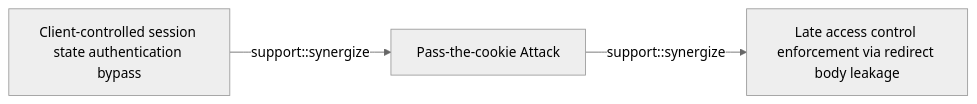
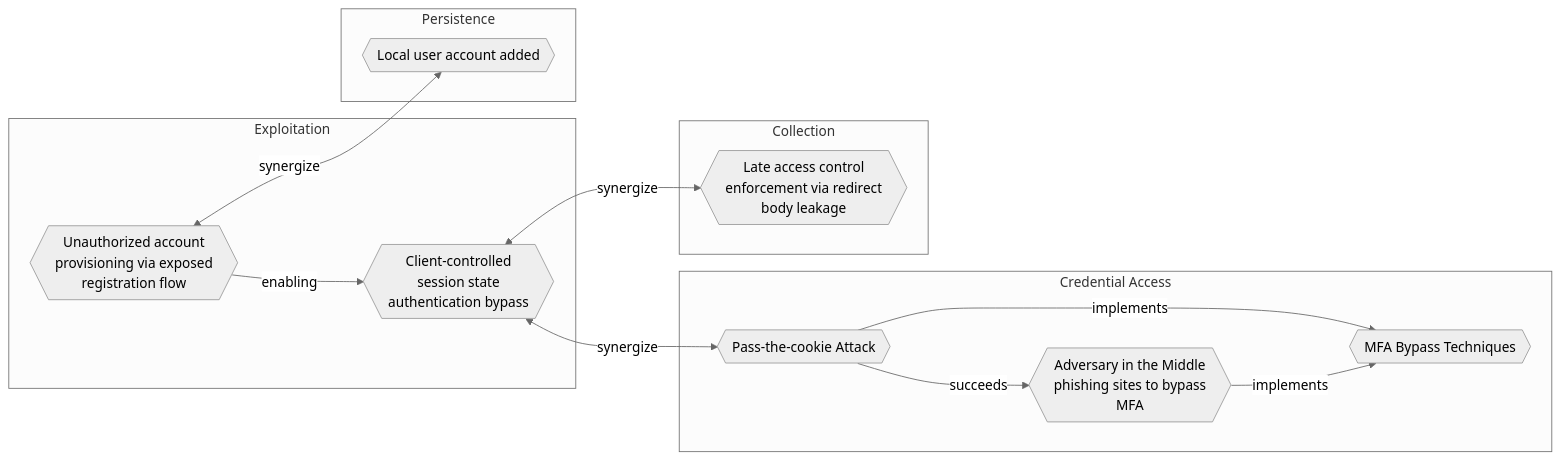
One commit to opentidehq/library changed the first of 2 diagrams in docs/threats/client-controlled-session-state-authentication-bypass.md. Above: the diagram before and after it, drawn with Mermaid (neutral theme). The commit also changed other lines of this file and 540 other files, not shown here.

````diff
--- a/docs/threats/client-controlled-session-state-authentication-bypass.md
+++ b/docs/threats/client-controlled-session-state-authentication-bypass.md
@@ -71,8 +82,25 @@
 ```mermaid
 flowchart LR
-38adba1e_0961_4417_bd84_33fa9c42439f["Client-controlled session state authentication bypass"]
-b0d6bf74_b204_4a48_9509_4499ed795771["Pass-the-cookie Attack"]
-0663c192_cdeb_49a2_994c_4cc8e98f764e["Late access control enforcement via redirect body leakage"]
-38adba1e_0961_4417_bd84_33fa9c42439f -->|support::synergize| b0d6bf74_b204_4a48_9509_4499ed795771
-b0d6bf74_b204_4a48_9509_4499ed795771 -->|support::synergize| 0663c192_cdeb_49a2_994c_4cc8e98f764e
+subgraph "Exploitation"
+38adba1e_0961_4417_bd84_33fa9c42439f{{"Client-controlled<br>session state<br>authentication bypass"}}
+3d7dada6_5f9d_4f67_952e_faa2ab794fde{{"Unauthorized account<br>provisioning via exposed<br>registration flow"}}
+end
+subgraph "Persistence"
+e2d8ce6b_f21e_4444_a828_0c6b722a9c93{{"Local user account added"}}
+end
+subgraph "Credential Access"
+b0d6bf74_b204_4a48_9509_4499ed795771{{"Pass-the-cookie Attack"}}
+66aafb61_9a46_4287_8b40_4785b42b77a3{{"Adversary in the Middle<br>phishing sites to bypass<br>MFA"}}
+4a807ac4_f764_41b1_ae6f_94239041d349{{"MFA Bypass Techniques"}}
+end
+subgraph "Collection"
+0663c192_cdeb_49a2_994c_4cc8e98f764e{{"Late access control<br>enforcement via redirect<br>body leakage"}}
+end
+3d7dada6_5f9d_4f67_952e_faa2ab794fde -->|enabling| 38adba1e_0961_4417_bd84_33fa9c42439f
+3d7dada6_5f9d_4f67_952e_faa2ab794fde <-->|synergize| e2d8ce6b_f21e_4444_a828_0c6b722a9c93
+38adba1e_0961_4417_bd84_33fa9c42439f <-->|synergize| b0d6bf74_b204_4a48_9509_4499ed795771
+38adba1e_0961_4417_bd84_33fa9c42439f <-->|synergize| 0663c192_cdeb_49a2_994c_4cc8e98f764e
+b0d6bf74_b204_4a48_9509_4499ed795771 -->|succeeds| 66aafb61_9a46_4287_8b40_4785b42b77a3
+b0d6bf74_b204_4a48_9509_4499ed795771 -->|implements| 4a807ac4_f764_41b1_ae6f_94239041d349
+66aafb61_9a46_4287_8b40_4785b42b77a3 -->|implements| 4a807ac4_f764_41b1_ae6f_94239041d349
 ```
````
